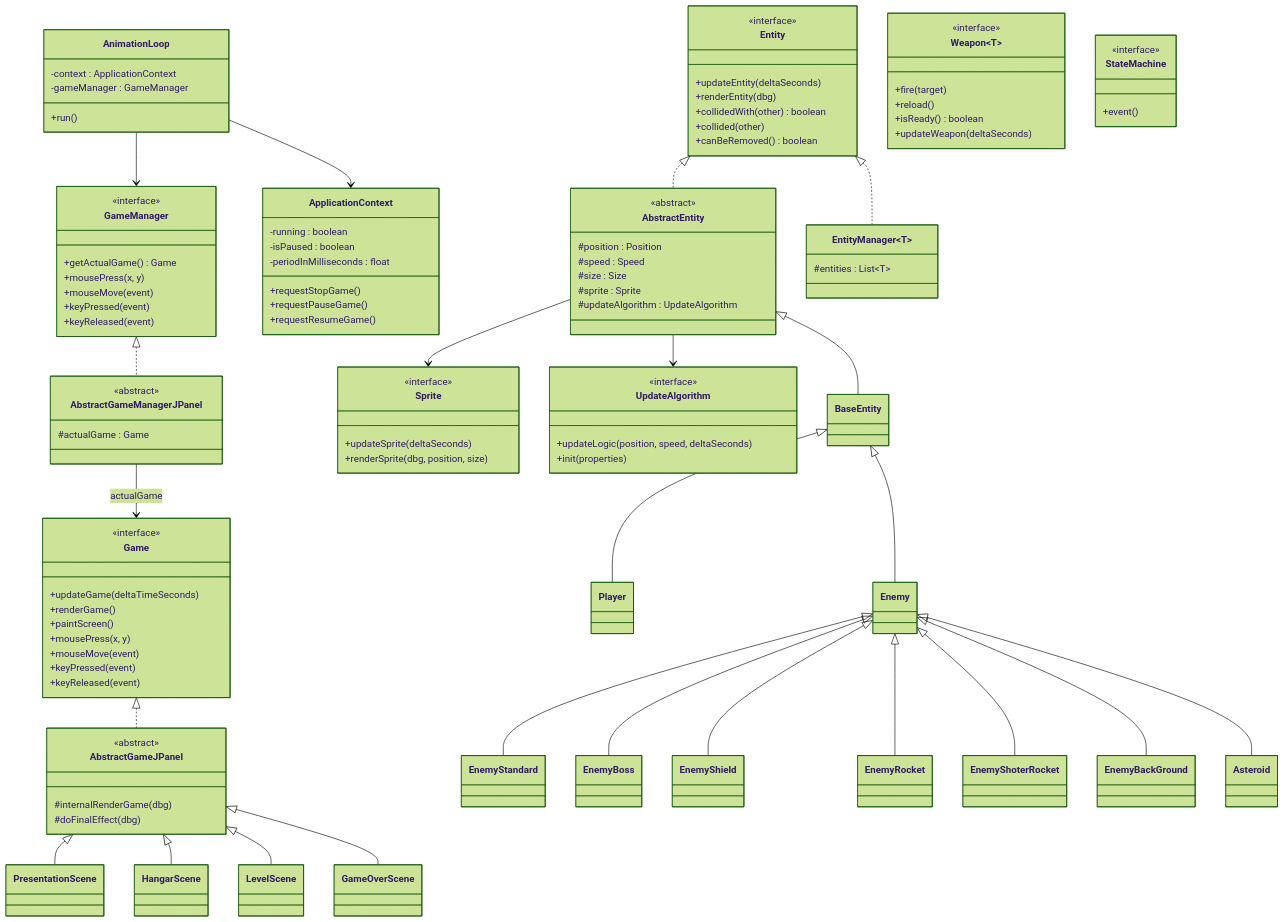
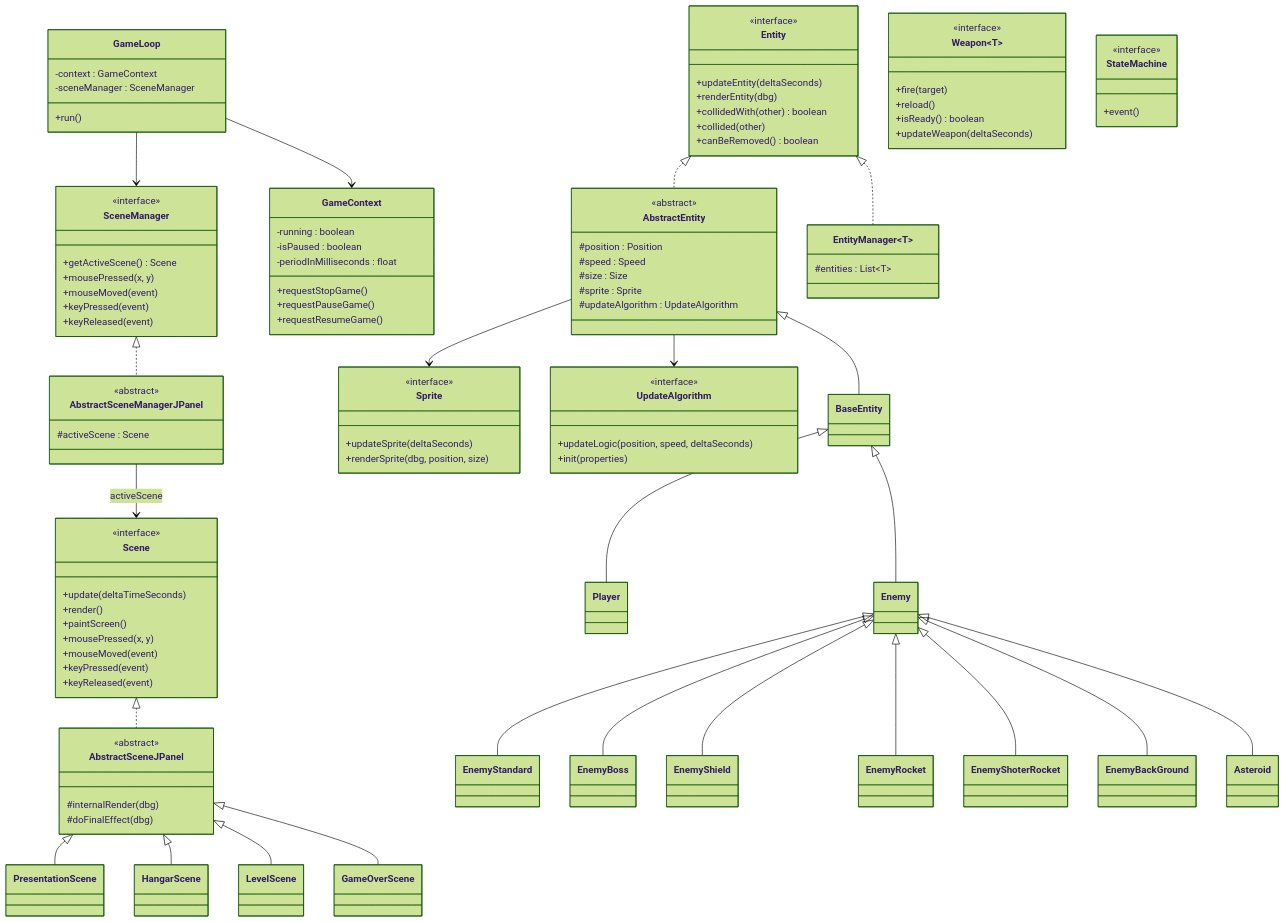
The diagram in documentation/architecture/system-overview/code-structure.md (alesky78/TigerSupply), drawn with Mermaid (forest theme) before and after one commit. The commit also changed other lines of this file and 56 other files, not shown here.

First line of the commit message:
refactor: rename game control abstractions to scene abstractions

````diff
--- a/documentation/architecture/system-overview/code-structure.md
+++ b/documentation/architecture/system-overview/code-structure.md
@@ -25,38 +25,38 @@
 ```mermaid
 classDiagram
-    class Game {
+    class Scene {
         <<interface>>
-        +updateGame(deltaTimeSeconds)
-        +renderGame()
+        +update(deltaTimeSeconds)
+        +render()
         +paintScreen()
-        +mousePress(x, y)
-        +mouseMove(event)
+        +mousePressed(x, y)
+        +mouseMoved(event)
         +keyPressed(event)
         +keyReleased(event)
     }
-    class GameManager {
+    class SceneManager {
         <<interface>>
-        +getActualGame() Game
-        +mousePress(x, y)
-        +mouseMove(event)
+        +getActiveScene() Scene
+        +mousePressed(x, y)
+        +mouseMoved(event)
         +keyPressed(event)
         +keyReleased(event)
     }
-    class AbstractGameJPanel {
+    class AbstractSceneJPanel {
         <<abstract>>
-        #internalRenderGame(dbg)
+        #internalRender(dbg)
         #doFinalEffect(dbg)
     }
-    class AbstractGameManagerJPanel {
+    class AbstractSceneManagerJPanel {
         <<abstract>>
-        #actualGame : Game
+        #activeScene : Scene
     }
-    class AnimationLoop {
-        -context : ApplicationContext
-        -gameManager : GameManager
+    class GameLoop {
+        -context : GameContext
+        -sceneManager : SceneManager
         +run()
     }
-    class ApplicationContext {
+    class GameContext {
         -running : boolean
         -isPaused : boolean
         -periodInMilliseconds : float
@@ -105,19 +105,19 @@
         +event()
     }
 
-    Game <|.. AbstractGameJPanel
-    GameManager <|.. AbstractGameManagerJPanel
-    AbstractGameManagerJPanel --> Game : actualGame
-    AnimationLoop --> ApplicationContext
-    AnimationLoop --> GameManager
+    Scene <|.. AbstractSceneJPanel
+    SceneManager <|.. AbstractSceneManagerJPanel
+    AbstractSceneManagerJPanel --> Scene : activeScene
+    GameLoop --> GameContext
+    GameLoop --> SceneManager
     Entity <|.. AbstractEntity
     Entity <|.. EntityManager
     AbstractEntity --> Sprite
     AbstractEntity --> UpdateAlgorithm
-    AbstractGameJPanel <|-- PresentationScene
-    AbstractGameJPanel <|-- HangarScene
-    AbstractGameJPanel <|-- LevelScene
-    AbstractGameJPanel <|-- GameOverScene
+    AbstractSceneJPanel <|-- PresentationScene
+    AbstractSceneJPanel <|-- HangarScene
+    AbstractSceneJPanel <|-- LevelScene
+    AbstractSceneJPanel <|-- GameOverScene
     AbstractEntity <|-- BaseEntity
     BaseEntity <|-- Player
     BaseEntity <|-- Enemy
````
